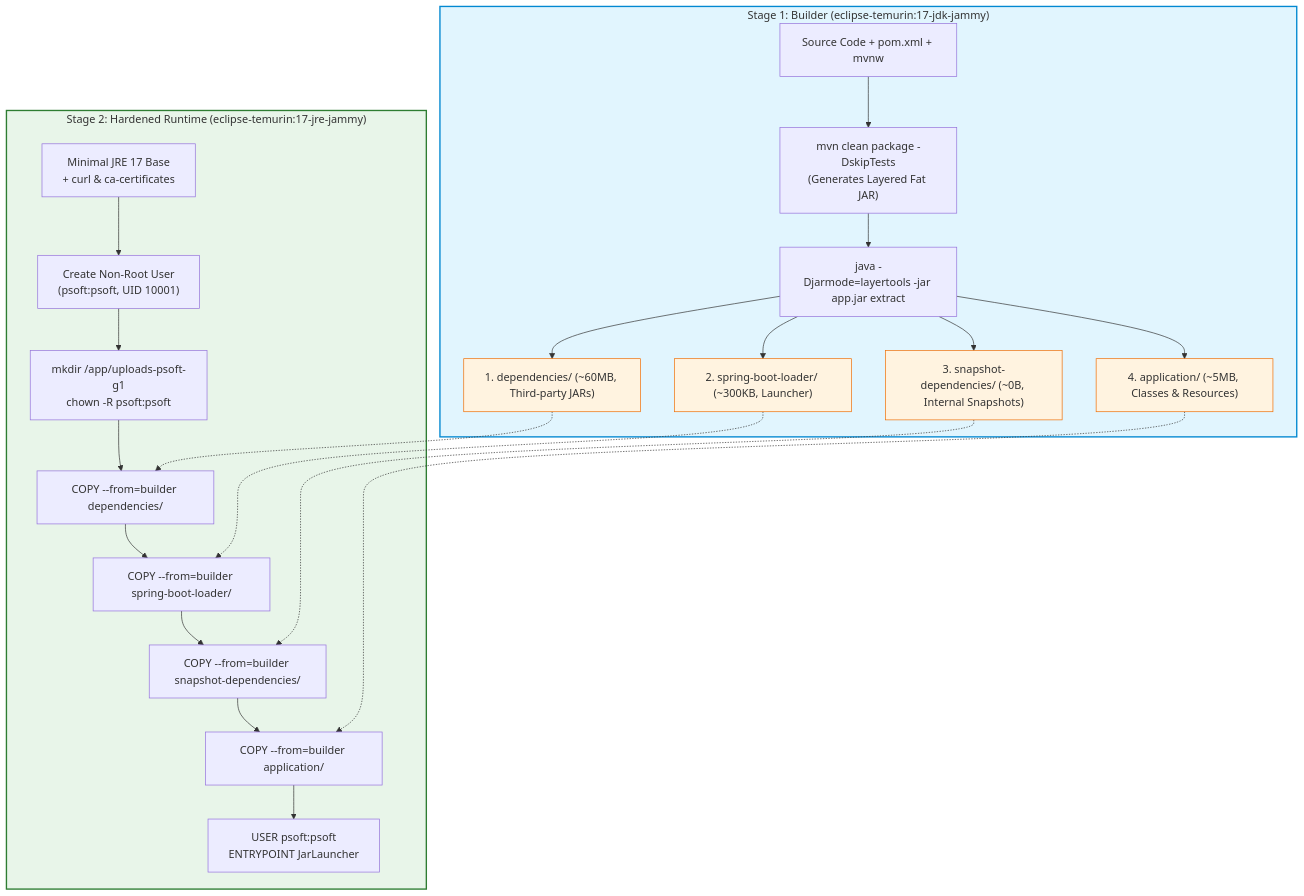
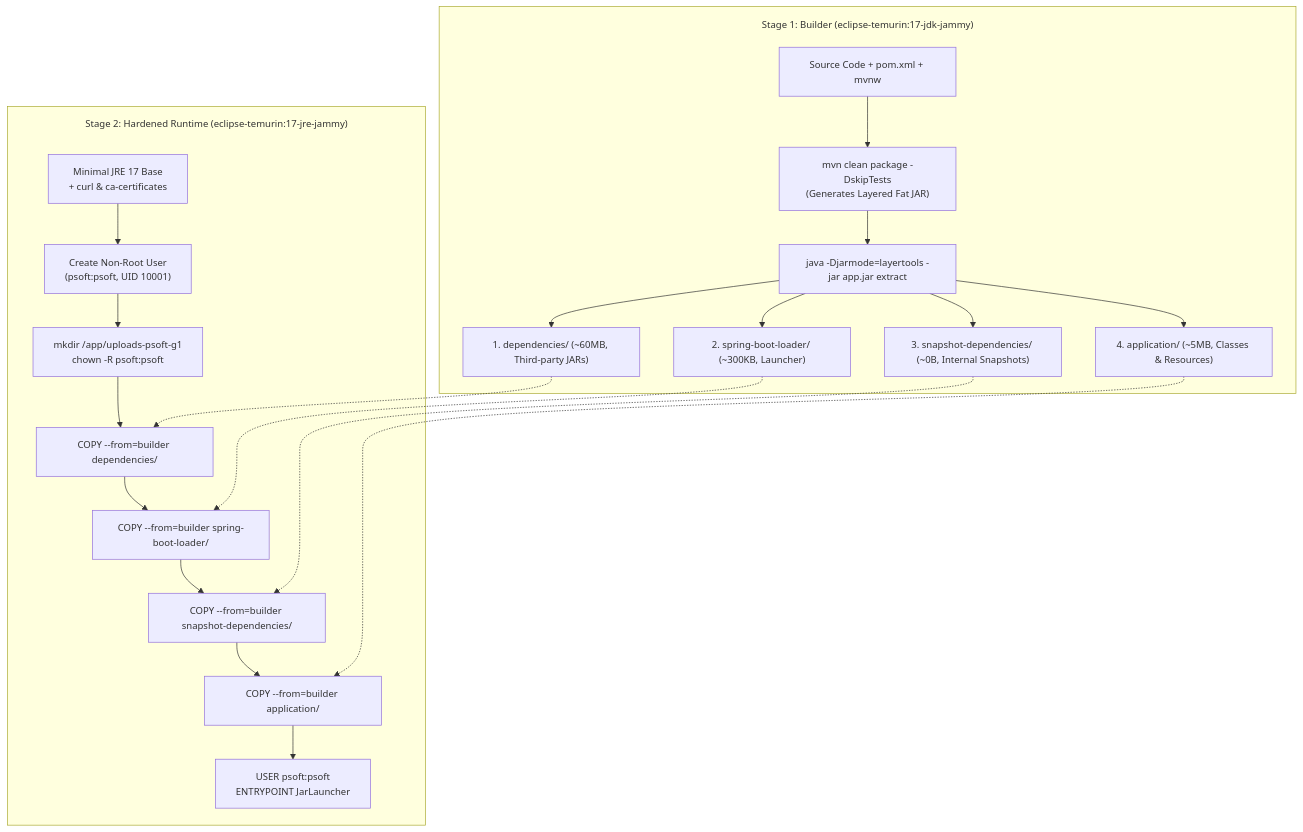
Before and after one commit to RafaelBrandao04/psoft-project-2026-1: the diagram in Docs/ODSOFT/deployment/containerization-and-multi-environment.md, drawn with Mermaid. The commit also changed other lines of this file and 6 other files, not shown here.

````diff
--- a/Docs/ODSOFT/deployment/containerization-and-multi-environment.md
+++ b/Docs/ODSOFT/deployment/containerization-and-multi-environment.md
@@ -26,34 +26,27 @@
 ```mermaid
+%%{init: {'themeVariables': { 'fontSize': '14px' }, 'flowchart': { 'subGraphTitleMargin': { 'top': 15, 'bottom': 20 } } } }%%
 flowchart TD
     subgraph Stage1["Stage 1: Builder (eclipse-temurin:17-jdk-jammy)"]
         SRC["Source Code + pom.xml + mvnw"] --> MVN["mvn clean package -DskipTests<br/>(Generates Layered Fat JAR)"]
         MVN --> EXTRACT["java -Djarmode=layertools -jar app.jar extract"]
         EXTRACT --> L1["1. dependencies/ (~60MB, Third-party JARs)"]
         EXTRACT --> L2["2. spring-boot-loader/ (~300KB, Launcher)"]
         EXTRACT --> L3["3. snapshot-dependencies/ (~0B, Internal Snapshots)"]
         EXTRACT --> L4["4. application/ (~5MB, Classes & Resources)"]
     end
 
     subgraph Stage2["Stage 2: Hardened Runtime (eclipse-temurin:17-jre-jammy)"]
         BASE["Minimal JRE 17 Base<br/>+ curl & ca-certificates"] --> SEC["Create Non-Root User<br/>(psoft:psoft, UID 10001)"]
         SEC --> VOL["mkdir /app/uploads-psoft-g1<br/>chown -R psoft:psoft"]
         VOL --> COPY1["COPY --from=builder dependencies/"]
         COPY1 --> COPY2["COPY --from=builder spring-boot-loader/"]
         COPY2 --> COPY3["COPY --from=builder snapshot-dependencies/"]
         COPY3 --> COPY4["COPY --from=builder application/"]
         COPY4 --> RUN["USER psoft:psoft<br/>ENTRYPOINT JarLauncher"]
     end
 
     L1 -.-> COPY1
     L2 -.-> COPY2
     L3 -.-> COPY3
     L4 -.-> COPY4
-
-    classDef stage1Style fill:#e1f5fe,stroke:#0288d1,stroke-width:2px;
-    classDef stage2Style fill:#e8f5e9,stroke:#2e7d32,stroke-width:2px;
-    classDef layerStyle fill:#fff3e0,stroke:#ef6c00,stroke-width:1px;
-
-    class Stage1 stage1Style;
-    class Stage2 stage2Style;
-    class L1,L2,L3,L4 layerStyle;
 ```
````
